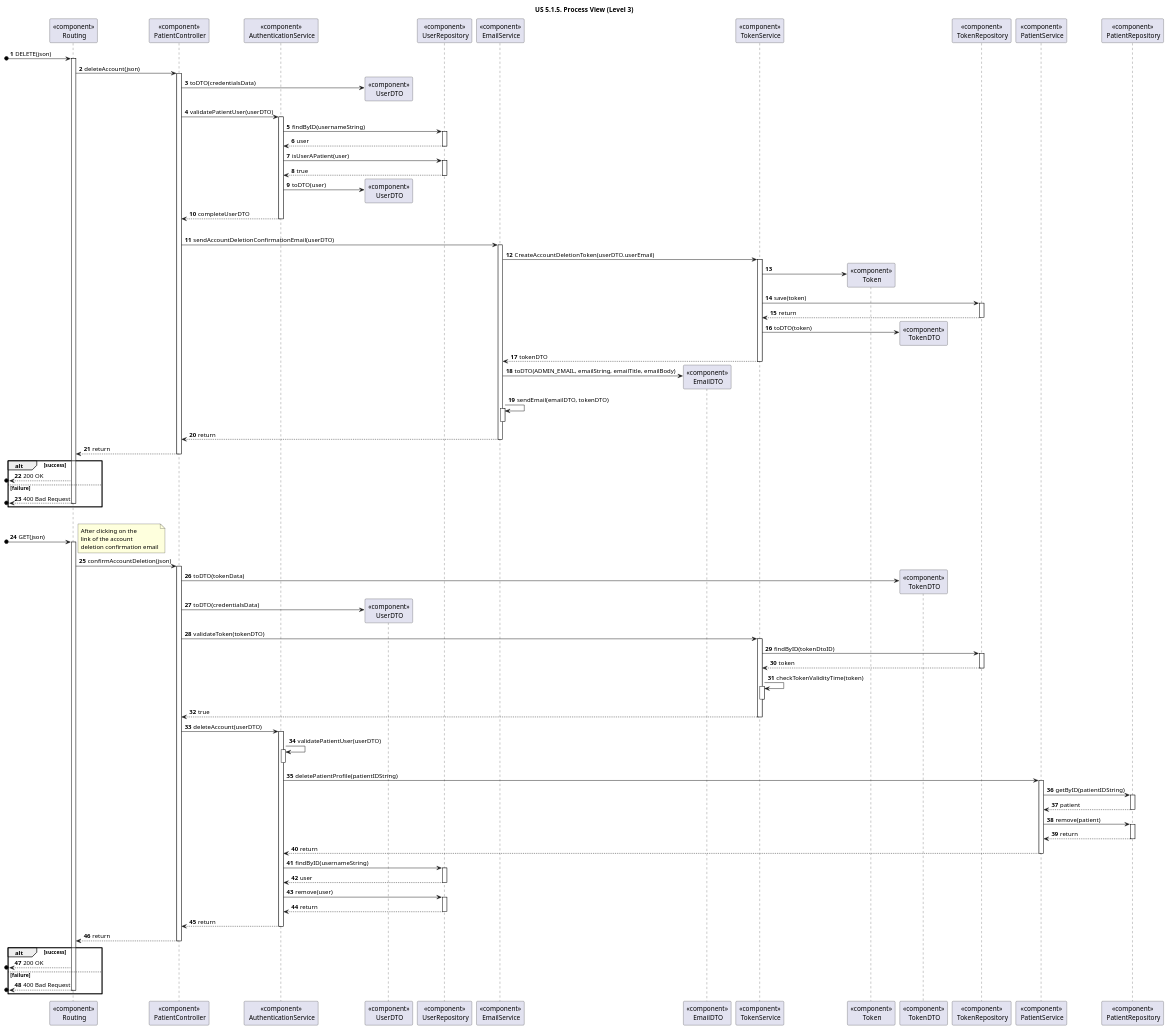
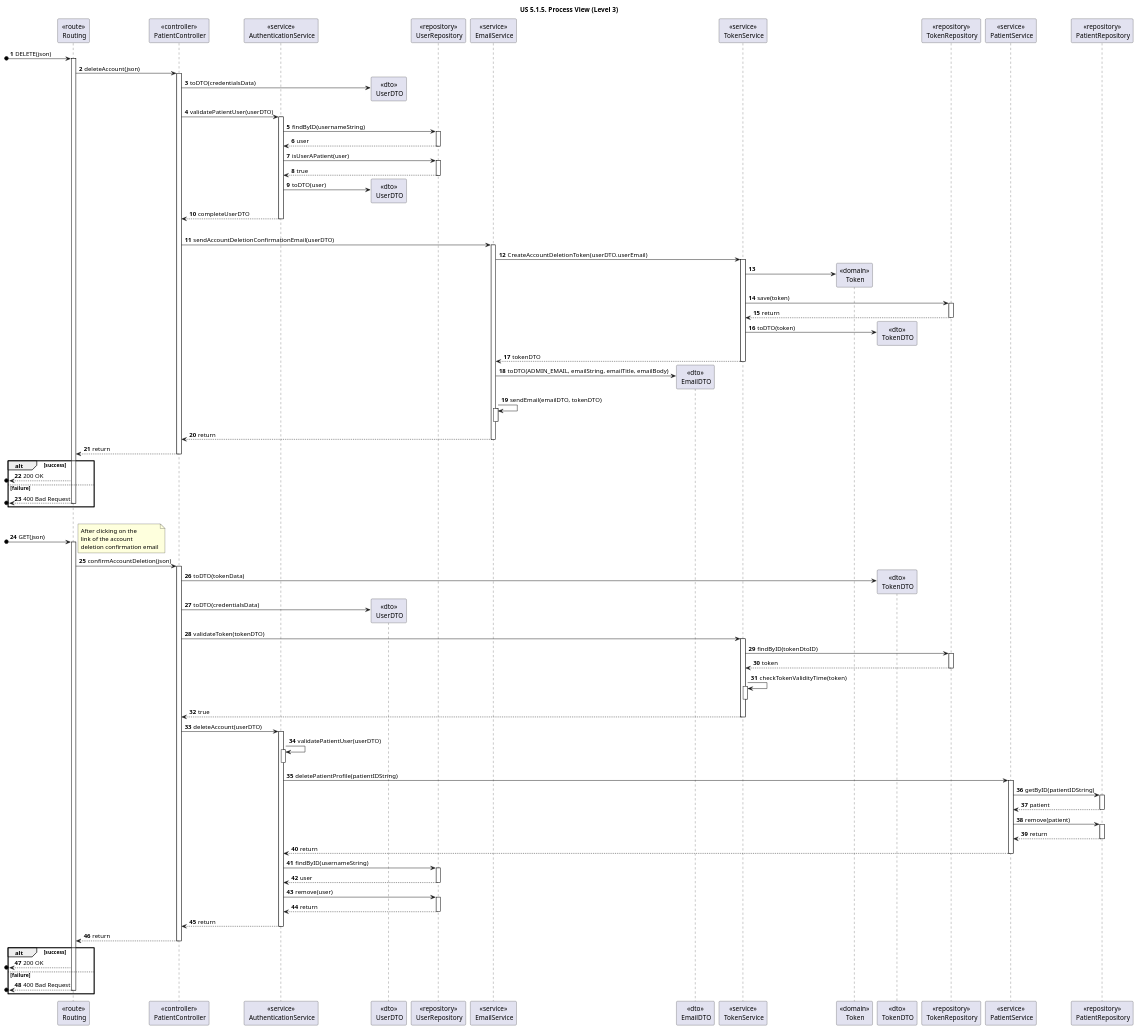
One commit to rita-barbosa/LAPR5-2425 changed the diagram in docs/sprint-1/1220683/us-5.1.5/diagrams/Process_View/Level-3/us5-process-view-lvl3.puml. Above: the diagram before and after it, drawn with PlantUML. The commit also changed 5 other files, not shown here.

Commit message:
DG38-193 | docs: participants typology corrections in design diagrams

```diff
--- a/docs/sprint-1/1220683/us-5.1.5/diagrams/Process_View/Level-3/us5-process-view-lvl3.puml
+++ b/docs/sprint-1/1220683/us-5.1.5/diagrams/Process_View/Level-3/us5-process-view-lvl3.puml
@@ -1,192 +1,192 @@
 @startuml
 'https://plantuml.com/sequence-diagram
 
 title "US 5.1.5. Process View (Level 3)"
 
 autonumber
 
-participant "<<component>>\n Routing" as ROUTE
-participant "<<component>>\n PatientController" as CONTROL
+participant "<<route>>\n Routing" as ROUTE
+participant "<<controller>>\n PatientController" as CONTROL
 
-participant "<<component>>\n AuthenticationService" as AUTHServ
+participant "<<service>>\n AuthenticationService" as AUTHServ
 
-participant "<<component>>\n UserDTO" as UserDTO
+participant "<<dto>>\n UserDTO" as UserDTO
 
-participant "<<component>>\n UserRepository" as AUTHRepo
+participant "<<repository>>\n UserRepository" as AUTHRepo
 
-participant "<<component>>\n EmailService" as EMAILServ
-participant "<<component>>\n EmailDTO" as EmailDTO
+participant "<<service>>\n EmailService" as EMAILServ
+participant "<<dto>>\n EmailDTO" as EmailDTO
 
-participant "<<component>>\n TokenService" as TOKENServ
-participant "<<component>>\n Token" as TOKEN
-participant "<<component>>\n TokenDTO" as TokenDTO
-participant "<<component>>\n TokenRepository" as TOKENRepo
+participant "<<service>>\n TokenService" as TOKENServ
+participant "<<domain>>\n Token" as TOKEN
+participant "<<dto>>\n TokenDTO" as TokenDTO
+participant "<<repository>>\n TokenRepository" as TOKENRepo
 
-participant "<<component>>\n PatientService" as PATIENTServ
-participant "<<component>>\n PatientRepository" as PATIENTRepo
+participant "<<service>>\n PatientService" as PATIENTServ
+participant "<<repository>>\n PatientRepository" as PATIENTRepo
 
 
 [o-> ROUTE : DELETE(json)
 activate ROUTE
 
 ROUTE -> CONTROL : deleteAccount(json)
 activate CONTROL
 
 CONTROL -> UserDTO** : toDTO(credentialsData)
 
 CONTROL -> AUTHServ : validatePatientUser(userDTO)
 activate AUTHServ
 
 
 AUTHServ -> AUTHRepo : findByID(usernameString)
 activate AUTHRepo
 
 
 AUTHRepo --> AUTHServ : user
 deactivate AUTHRepo
 
 AUTHServ -> AUTHRepo : isUserAPatient(user)
 activate AUTHRepo
 
 AUTHRepo --> AUTHServ : true
 deactivate AUTHRepo
 
 AUTHServ -> UserDTO ** : toDTO(user)
 
 AUTHServ --> CONTROL : completeUserDTO
 deactivate AUTHServ
 
 |||
 'SENDING EMAIL
 
 CONTROL -> EMAILServ : sendAccountDeletionConfirmationEmail(userDTO)
 activate EMAILServ
 
 EMAILServ -> TOKENServ : CreateAccountDeletionToken(userDTO.userEmail)
 activate TOKENServ
 
 TOKENServ -> TOKEN **
 
 TOKENServ -> TOKENRepo : save(token)
 activate TOKENRepo
 
 
 TOKENRepo --> TOKENServ : return
 deactivate TOKENRepo
 
 TOKENServ -> TokenDTO ** : toDTO(token)
 
 TOKENServ --> EMAILServ : tokenDTO
 deactivate TOKENServ
 
 EMAILServ -> EmailDTO ** : toDTO(ADMIN_EMAIL, emailString, emailTitle, emailBody)
 
 EMAILServ -> EMAILServ : sendEmail(emailDTO, tokenDTO)
 activate EMAILServ
 deactivate EMAILServ
 
 
 EMAILServ --> CONTROL : return
 deactivate EMAILServ
 
 CONTROL --> ROUTE : return
 deactivate CONTROL
 
 alt success
 [o<-- ROUTE : 200 OK
 
 else failure
 
 [o<-- ROUTE : 400 Bad Request
 deactivate ROUTE
 end alt
 
 |||
 
 'CONFIRMATION
 
 [o-> ROUTE : GET(json)
 note left
 After clicking on the
 link of the account
 deletion confirmation email
 end note
 activate ROUTE
 
 ROUTE -> CONTROL : confirmAccountDeletion(json)
 activate CONTROL
 
 CONTROL -> TokenDTO ** : toDTO(tokenData)
 CONTROL -> UserDTO ** : toDTO(credentialsData)
 
 CONTROL -> TOKENServ : validateToken(tokenDTO)
 activate TOKENServ
 
 TOKENServ -> TOKENRepo : findByID(tokenDtoID)
 activate TOKENRepo
 
 TOKENRepo --> TOKENServ : token
 deactivate TOKENRepo
 
 TOKENServ -> TOKENServ : checkTokenValidityTime(token)
 activate TOKENServ
 deactivate TOKENServ
 
 TOKENServ --> CONTROL : true
 deactivate TOKENServ
 
 CONTROL -> AUTHServ : deleteAccount(userDTO)
 activate AUTHServ
 
 AUTHServ -> AUTHServ : validatePatientUser(userDTO)
 activate AUTHServ
 deactivate AUTHServ
 
 AUTHServ -> PATIENTServ : deletePatientProfile(patientIDString)
 activate PATIENTServ
 
 PATIENTServ -> PATIENTRepo : getByID(patientIDString)
 activate PATIENTRepo
 
 PATIENTRepo --> PATIENTServ : patient
 deactivate PATIENTRepo
 
 PATIENTServ -> PATIENTRepo : remove(patient)
 activate PATIENTRepo
 
 
 PATIENTRepo --> PATIENTServ : return
 deactivate PATIENTRepo
 
 PATIENTServ --> AUTHServ : return
 deactivate PATIENTServ
 
 AUTHServ -> AUTHRepo :  findByID(usernameString)
 activate AUTHRepo
 
 AUTHRepo --> AUTHServ : user
 deactivate AUTHRepo
 
 AUTHServ -> AUTHRepo : remove(user)
 activate AUTHRepo
 
 
 AUTHRepo --> AUTHServ : return
 deactivate AUTHRepo
 
 AUTHServ --> CONTROL : return
 deactivate AUTHServ
 
 CONTROL --> ROUTE : return
 deactivate CONTROL
 
 alt success
 [o<-- ROUTE : 200 OK
 
 else failure
 
 [o<-- ROUTE : 400 Bad Request
 deactivate ROUTE
 end alt
 
 @enduml
```
